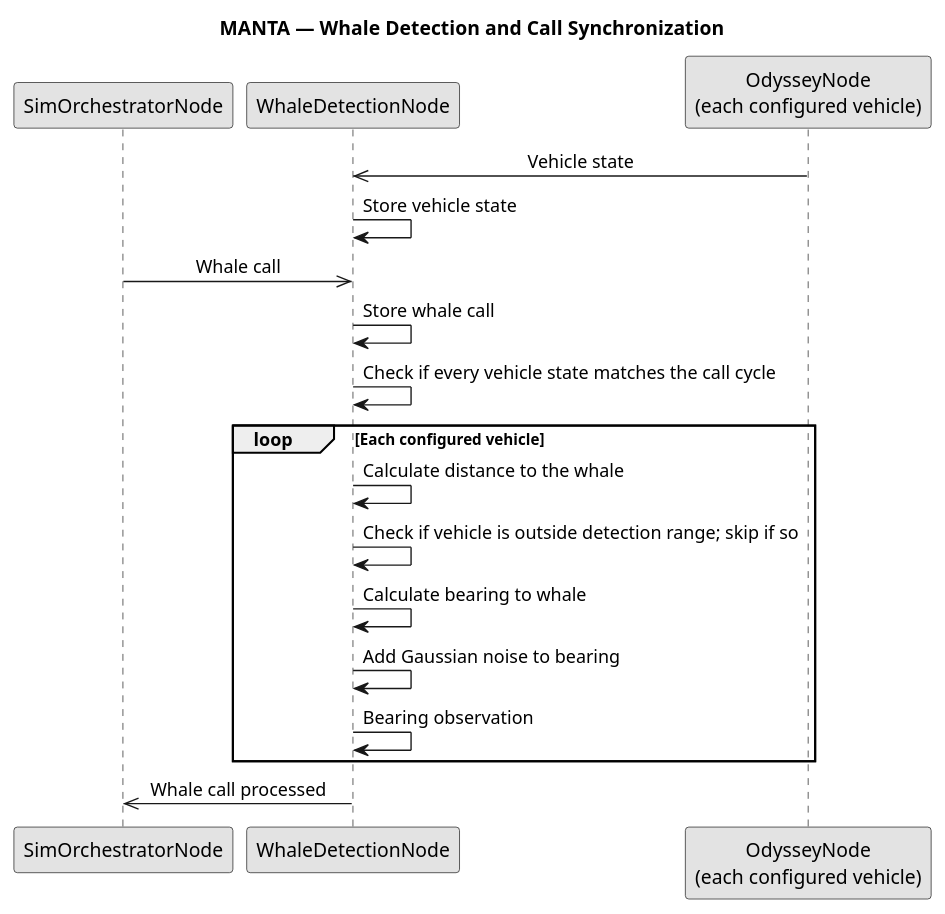
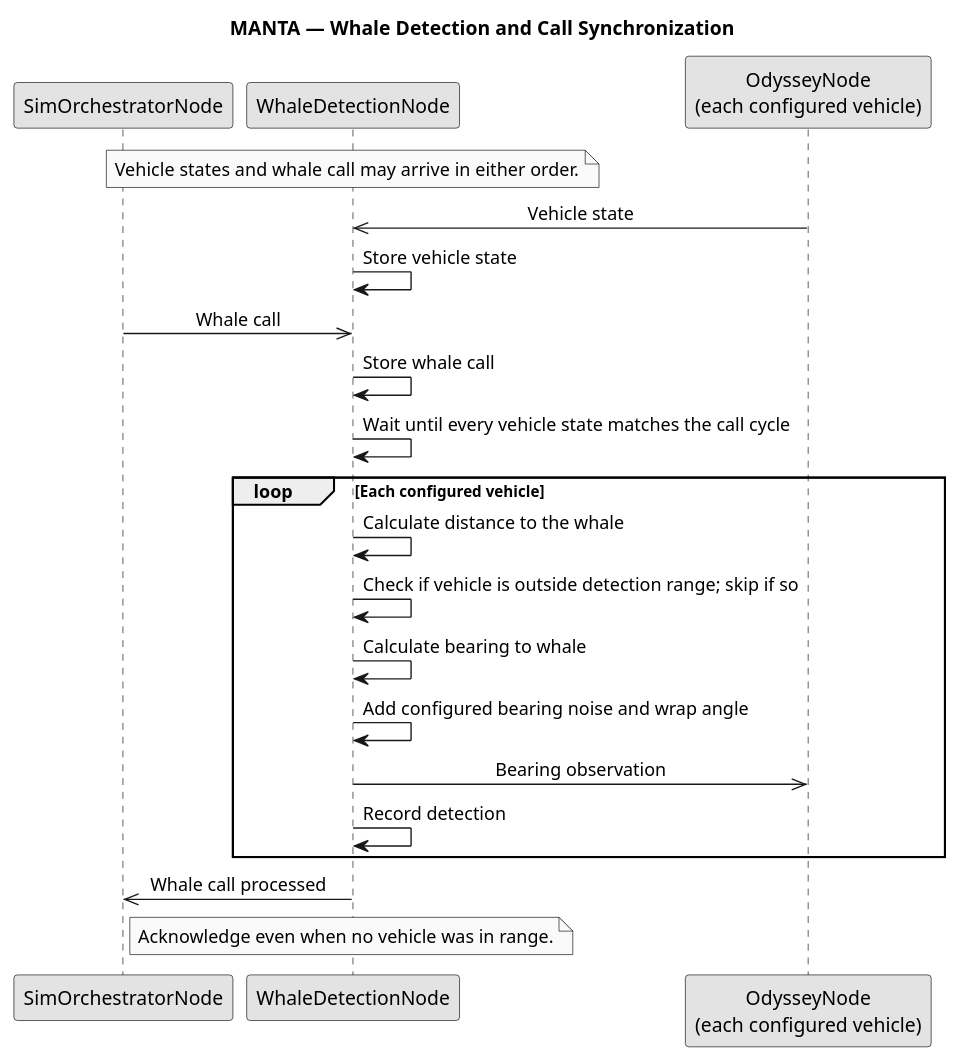
The diagram in components/manta_acoustics/docs/whale_detection_sequence.puml (Tebcherani/MANTA), drawn with PlantUML before and after one commit. The commit also changed 7 other files, not shown here.

```diff
--- a/components/manta_acoustics/docs/whale_detection_sequence.puml
+++ b/components/manta_acoustics/docs/whale_detection_sequence.puml
@@ -1,29 +1,32 @@
 @startuml
 title MANTA — Whale Detection and Call Synchronization
 
 skinparam monochrome true
 skinparam shadowing false
 skinparam sequenceMessageAlign center
 skinparam responseMessageBelowArrow true
 
 participant "SimOrchestratorNode" as Orchestrator
 participant "WhaleDetectionNode" as Detection
 participant "OdysseyNode\n(each configured vehicle)" as Vehicle
 
+note over Detection: Vehicle states and whale call may arrive in either order.
 Vehicle ->> Detection : Vehicle state
 Detection -> Detection : Store vehicle state
 Orchestrator ->> Detection : Whale call
 Detection -> Detection : Store whale call
-Detection -> Detection : Check if every vehicle state matches the call cycle
+Detection -> Detection : Wait until every vehicle state matches the call cycle
 
 loop Each configured vehicle
     Detection -> Detection : Calculate distance to the whale
     Detection -> Detection : Check if vehicle is outside detection range; skip if so
     Detection -> Detection : Calculate bearing to whale
-    Detection -> Detection : Add Gaussian noise to bearing
-    Detection -> Detection : Bearing observation
+    Detection -> Detection : Add configured bearing noise and wrap angle
+    Detection ->> Vehicle : Bearing observation
+    Detection -> Detection : Record detection
 end
 
 Detection ->> Orchestrator : Whale call processed
+note over Detection: Acknowledge even when no vehicle was in range.
 
 @enduml
```
